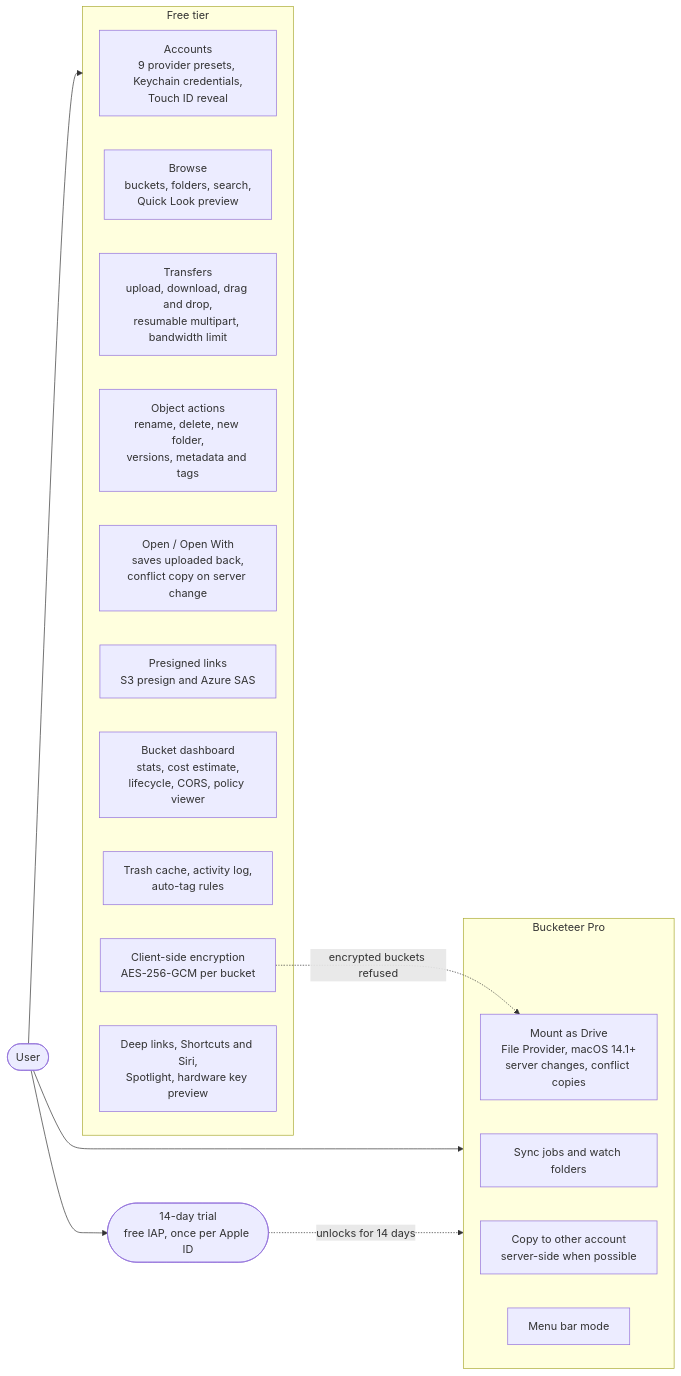
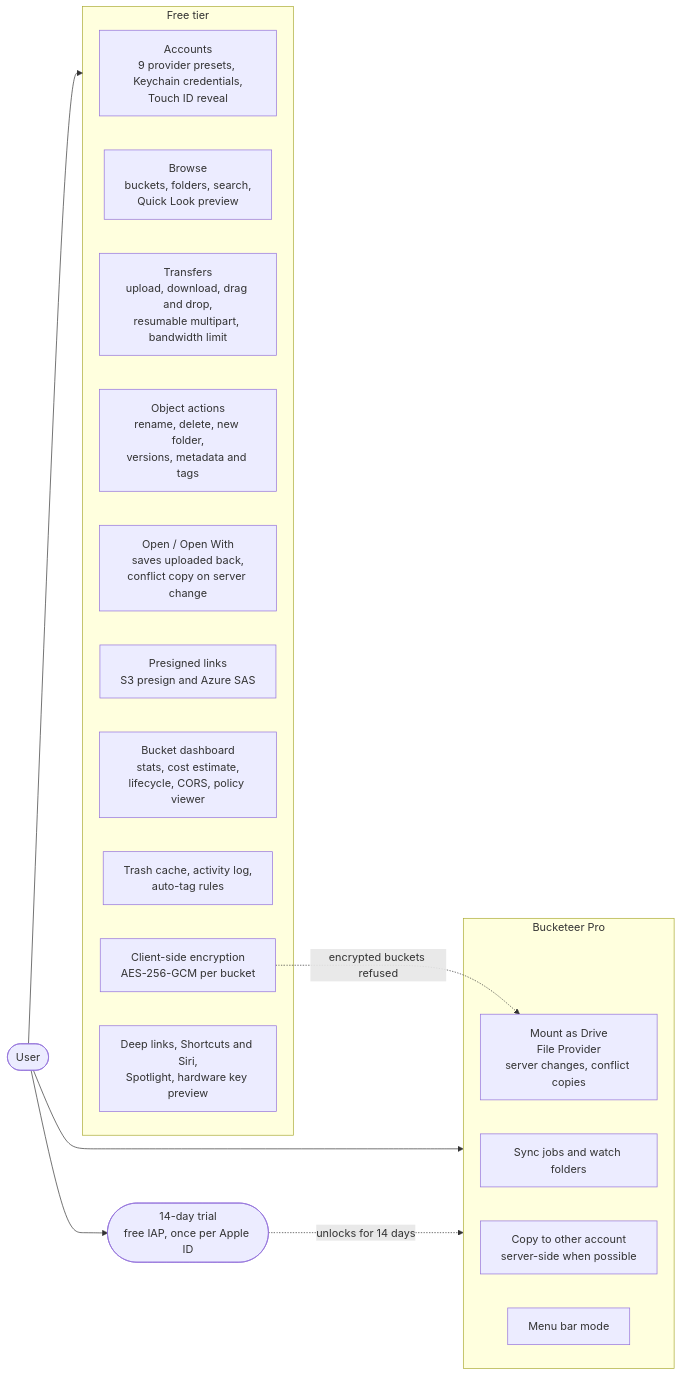
One commit to digitalfreedom-co-za/bucketeer changed the first of 20 diagrams in docs/ARCHITECTURE.md. Above: the diagram before and after it, drawn with Mermaid. The commit also changed other lines of this file and 26 other files, not shown here.

````diff
--- a/docs/ARCHITECTURE.md
+++ b/docs/ARCHITECTURE.md
@@ -19,32 +19,32 @@
 ```mermaid
 flowchart LR
     User(["User"])
 
     subgraph Free["Free tier"]
         Accounts["Accounts<br/>9 provider presets, Keychain credentials,<br/>Touch ID reveal"]
         Browse["Browse<br/>buckets, folders, search,<br/>Quick Look preview"]
         Transfer["Transfers<br/>upload, download, drag and drop,<br/>resumable multipart, bandwidth limit"]
         Objects["Object actions<br/>rename, delete, new folder,<br/>versions, metadata and tags"]
         OpenWith["Open / Open With<br/>saves uploaded back,<br/>conflict copy on server change"]
         Share["Presigned links<br/>S3 presign and Azure SAS"]
         Insight["Bucket dashboard<br/>stats, cost estimate,<br/>lifecycle, CORS, policy viewer"]
         Safety["Trash cache, activity log,<br/>auto-tag rules"]
         CSE["Client-side encryption<br/>AES-256-GCM per bucket"]
         System["Deep links, Shortcuts and Siri,<br/>Spotlight, hardware key preview"]
     end
 
     subgraph Pro["Bucketeer Pro"]
-        Mount["Mount as Drive<br/>File Provider, macOS 14.1+<br/>server changes, conflict copies"]
+        Mount["Mount as Drive<br/>File Provider<br/>server changes, conflict copies"]
         Sync["Sync jobs and watch folders"]
         Cross["Copy to other account<br/>server-side when possible"]
         Menubar["Menu bar mode"]
     end
 
     Trial(["14-day trial<br/>free IAP, once per Apple ID"])
 
     User --> Free
     User --> Pro
     User --> Trial
     Trial -.->|"unlocks for 14 days"| Pro
     CSE -.->|"encrypted buckets refused"| Mount
 ```
````
